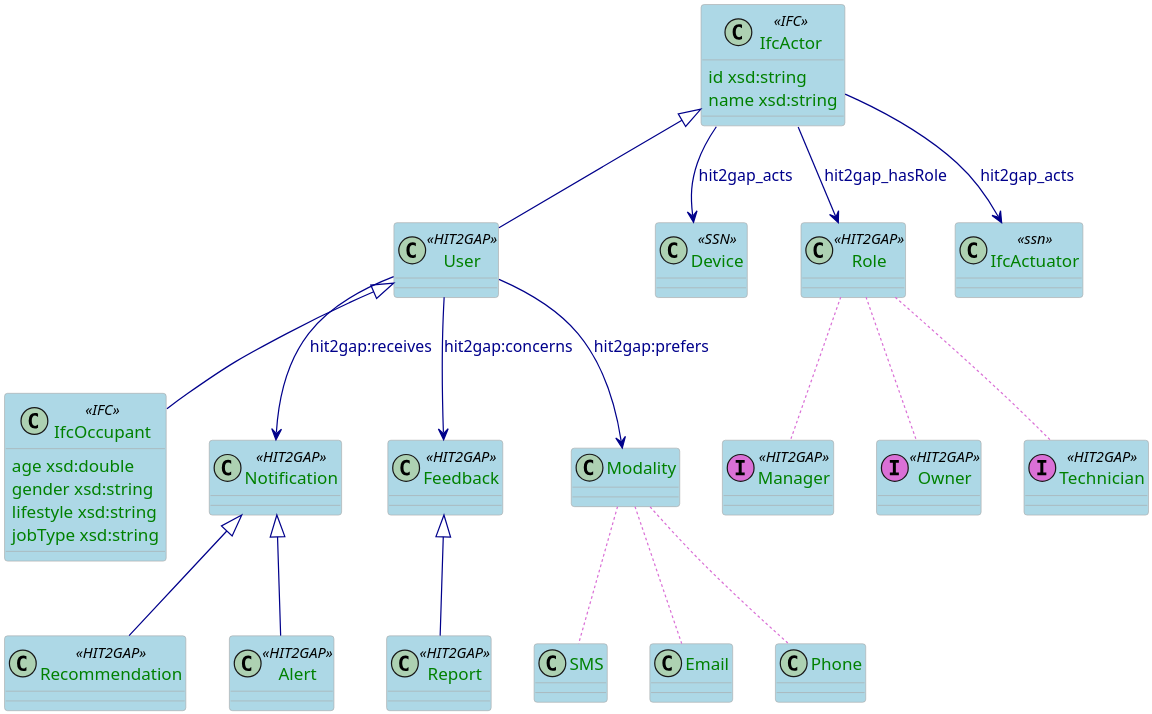
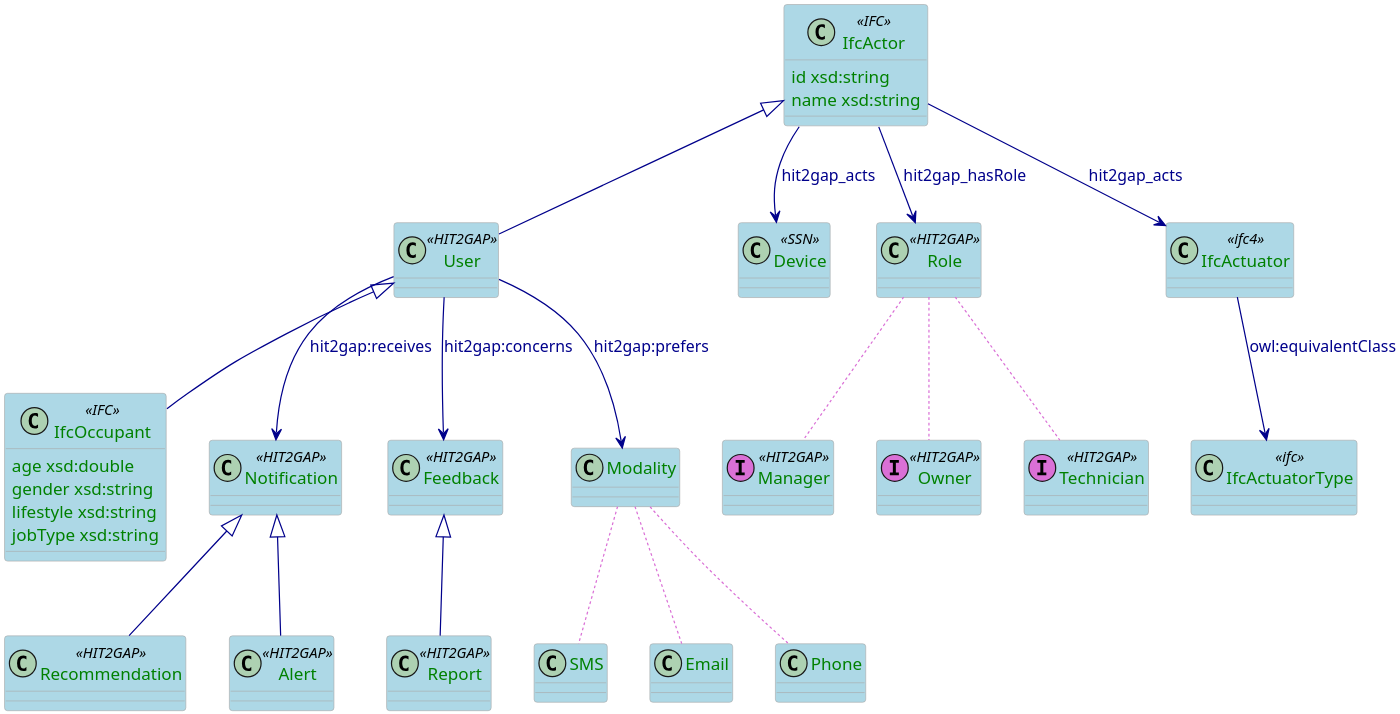
Before and after one commit to HIT2GAP-EU-PROJECT/BEMOnt: the diagram in docs/plantuml/OccupantSpecificModel.puml, drawn with PlantUML.

```diff
--- a/docs/plantuml/OccupantSpecificModel.puml
+++ b/docs/plantuml/OccupantSpecificModel.puml
@@ -1,90 +1,93 @@
 @startuml
 skinparam class {
   ArrowColor DarkBlue
   ArrowFontColor DarkBlue
   BackgroundColor LightBlue
   BorderColor DarkGrey
 }
 skinparam dpi 300
 skinparam stereotypeCBackgroundColor Wheat
 skinparam classAttributeFontColor  Green
 
 class IfcActor <<IFC>> {
   id xsd:string
   name xsd:string
 }
 
 class IfcOccupant <<IFC>>{
   age xsd:double
   gender xsd:string
   lifestyle xsd:string
   jobType xsd:string
 }
 
 class User <<HIT2GAP>>{
 
 }
 
 class Notification <<HIT2GAP>>{
 
 }
 
 class Report <<HIT2GAP>>{
 
 }
 
 class Recommendation <<HIT2GAP>>{
 
 }
 
 class Feedback <<HIT2GAP>>{
 
 }
 
 class Alert <<HIT2GAP>>{
 
 }
 class Device <<SSN>>{
 
 }
 
 class Role <<HIT2GAP>>{
 
 }
 class Manager <<(I,orchid) HIT2GAP>>{
 
 }
 class Owner <<(I,orchid) HIT2GAP>>{
 
 }
 class Technician <<(I,orchid) HIT2GAP>>{
 
 }
-class IfcActuator<<ssn>>
+class IfcActuator <<ifc4>>
+class IfcActuatorType <<ifc>>
 
 IfcActor <|-- User
 IfcActor--> Role: hit2gap_hasRole
 IfcActor --> Device:hit2gap_acts
 IfcActor --> IfcActuator:hit2gap_acts
 
 Role ..[#orchid] Manager
 Role ..[#orchid] Owner
 Role ..[#orchid] Technician
 User <|-- IfcOccupant
 
 /'
 Description of Feedback and Reporting
 '/
 
 Feedback <|-- Report
 Notification <|-- Alert
 Notification <|-- Recommendation
 User --> Modality: hit2gap:prefers
 Modality ..[#orchid] SMS
 Modality ..[#orchid] Email
 Modality ..[#orchid] Phone
 
 User --> Notification:hit2gap:receives
 User --> Feedback:hit2gap:concerns
 
+IfcActuator --> IfcActuatorType: owl:equivalentClass
+
 @enduml
```
